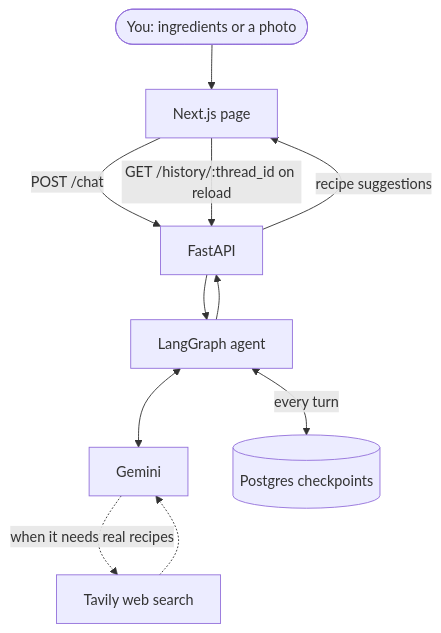
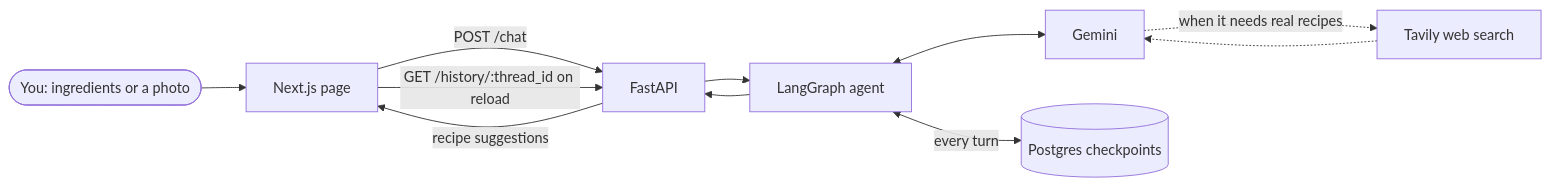
Before and after one commit to ol1ak5/my-personal-chef: the diagram in README.md, drawn with Mermaid.

Commit message:
Make the README diagram horizontal

````diff
--- a/README.md
+++ b/README.md
@@ -11,13 +11,13 @@
 ```mermaid
-flowchart TD
+flowchart LR
     You(["You: ingredients or a photo"]) --> Page["Next.js page"]
     Page -->|"POST /chat"| API["FastAPI"]
     API --> Agent["LangGraph agent"]
     Agent <--> Gemini["Gemini"]
     Gemini -.->|"when it needs real recipes"| Tavily["Tavily web search"]
     Tavily -.-> Gemini
     Agent <-->|"every turn"| DB[("Postgres checkpoints")]
     Agent --> API
     API -->|"recipe suggestions"| Page
     Page -->|"GET /history/:thread_id on reload"| API
 ```
````
